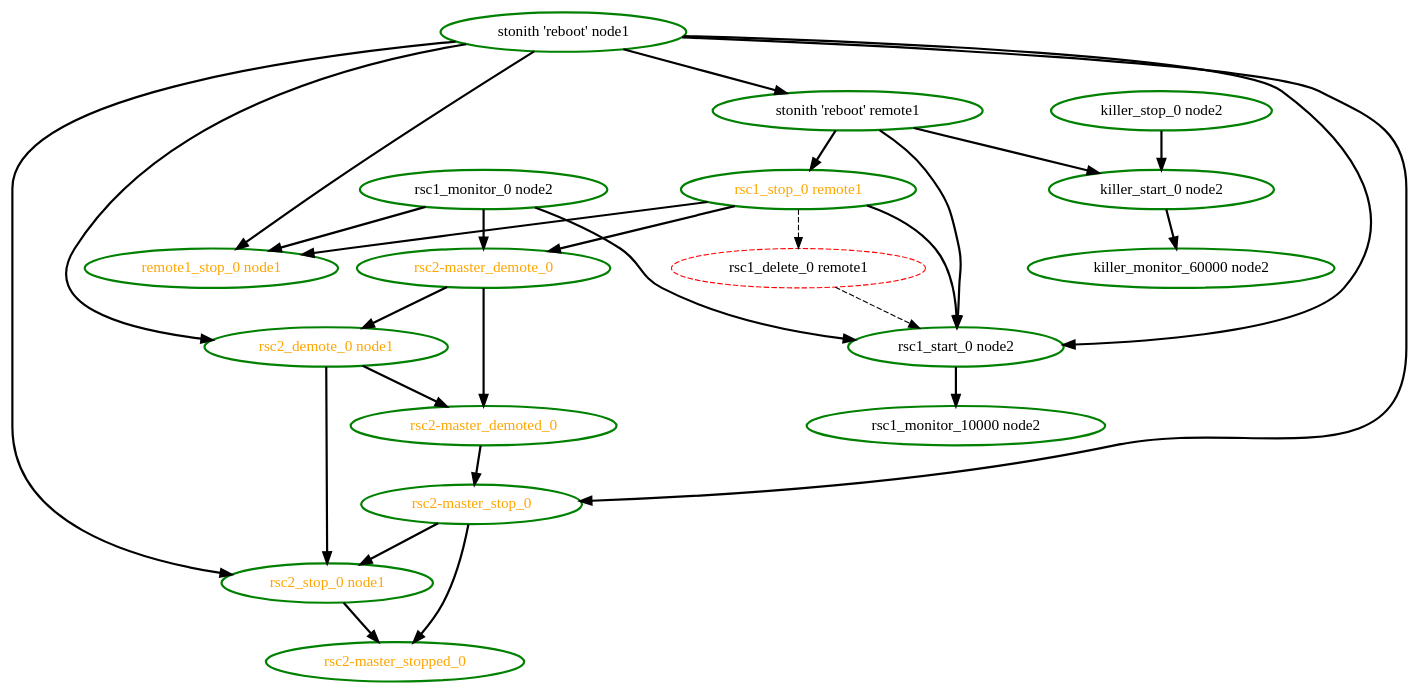
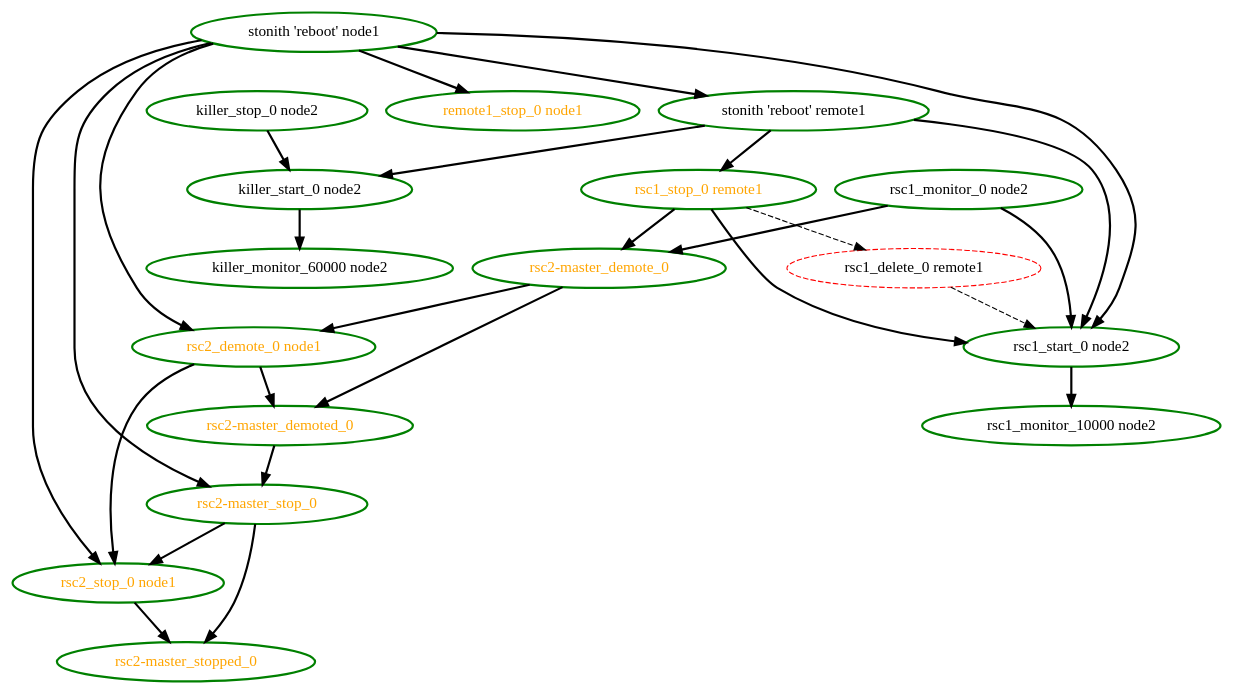
One commit to ClusterLabs/pacemaker changed the diagram in pengine/test10/remote-connection-unrecoverable.dot. Above: the diagram before and after it, drawn with Graphviz. The commit also changed 14 other files, not shown here.

```diff
--- a/pengine/test10/remote-connection-unrecoverable.dot
+++ b/pengine/test10/remote-connection-unrecoverable.dot
@@ -1,47 +1,45 @@
 digraph "g" {
 "killer_monitor_60000 node2" [ style=bold color="green" fontcolor="black"]
 "killer_start_0 node2" -> "killer_monitor_60000 node2" [ style = bold]
 "killer_start_0 node2" [ style=bold color="green" fontcolor="black"]
 "killer_stop_0 node2" -> "killer_start_0 node2" [ style = bold]
 "killer_stop_0 node2" [ style=bold color="green" fontcolor="black"]
 "remote1_stop_0 node1" [ style=bold color="green" fontcolor="orange"]
 "rsc1_delete_0 remote1" -> "rsc1_start_0 node2" [ style = dashed]
 "rsc1_delete_0 remote1" [ style=dashed color="red" fontcolor="black"]
-"rsc1_monitor_0 node2" -> "remote1_stop_0 node1" [ style = bold]
 "rsc1_monitor_0 node2" -> "rsc1_start_0 node2" [ style = bold]
 "rsc1_monitor_0 node2" -> "rsc2-master_demote_0" [ style = bold]
 "rsc1_monitor_0 node2" [ style=bold color="green" fontcolor="black"]
 "rsc1_monitor_10000 node2" [ style=bold color="green" fontcolor="black"]
 "rsc1_start_0 node2" -> "rsc1_monitor_10000 node2" [ style = bold]
 "rsc1_start_0 node2" [ style=bold color="green" fontcolor="black"]
-"rsc1_stop_0 remote1" -> "remote1_stop_0 node1" [ style = bold]
 "rsc1_stop_0 remote1" -> "rsc1_delete_0 remote1" [ style = dashed]
 "rsc1_stop_0 remote1" -> "rsc1_start_0 node2" [ style = bold]
 "rsc1_stop_0 remote1" -> "rsc2-master_demote_0" [ style = bold]
 "rsc1_stop_0 remote1" [ style=bold color="green" fontcolor="orange"]
 "rsc2-master_demote_0" -> "rsc2-master_demoted_0" [ style = bold]
 "rsc2-master_demote_0" -> "rsc2_demote_0 node1" [ style = bold]
 "rsc2-master_demote_0" [ style=bold color="green" fontcolor="orange"]
 "rsc2-master_demoted_0" -> "rsc2-master_stop_0" [ style = bold]
 "rsc2-master_demoted_0" [ style=bold color="green" fontcolor="orange"]
 "rsc2-master_stop_0" -> "rsc2-master_stopped_0" [ style = bold]
 "rsc2-master_stop_0" -> "rsc2_stop_0 node1" [ style = bold]
 "rsc2-master_stop_0" [ style=bold color="green" fontcolor="orange"]
 "rsc2-master_stopped_0" [ style=bold color="green" fontcolor="orange"]
 "rsc2_demote_0 node1" -> "rsc2-master_demoted_0" [ style = bold]
 "rsc2_demote_0 node1" -> "rsc2_stop_0 node1" [ style = bold]
 "rsc2_demote_0 node1" [ style=bold color="green" fontcolor="orange"]
 "rsc2_stop_0 node1" -> "rsc2-master_stopped_0" [ style = bold]
 "rsc2_stop_0 node1" [ style=bold color="green" fontcolor="orange"]
 "stonith 'reboot' node1" -> "remote1_stop_0 node1" [ style = bold]
 "stonith 'reboot' node1" -> "rsc1_start_0 node2" [ style = bold]
 "stonith 'reboot' node1" -> "rsc2-master_stop_0" [ style = bold]
 "stonith 'reboot' node1" -> "rsc2_demote_0 node1" [ style = bold]
 "stonith 'reboot' node1" -> "rsc2_stop_0 node1" [ style = bold]
 "stonith 'reboot' node1" -> "stonith 'reboot' remote1" [ style = bold]
 "stonith 'reboot' node1" [ style=bold color="green" fontcolor="black"]
 "stonith 'reboot' remote1" -> "killer_start_0 node2" [ style = bold]
 "stonith 'reboot' remote1" -> "rsc1_start_0 node2" [ style = bold]
 "stonith 'reboot' remote1" -> "rsc1_stop_0 remote1" [ style = bold]
 "stonith 'reboot' remote1" [ style=bold color="green" fontcolor="black"]
 }
```
